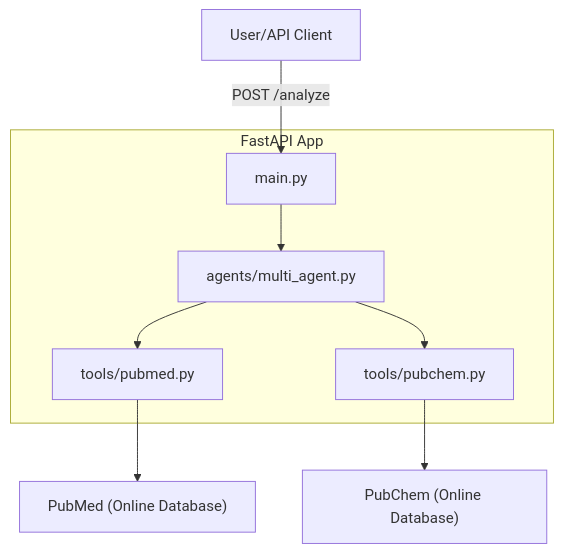
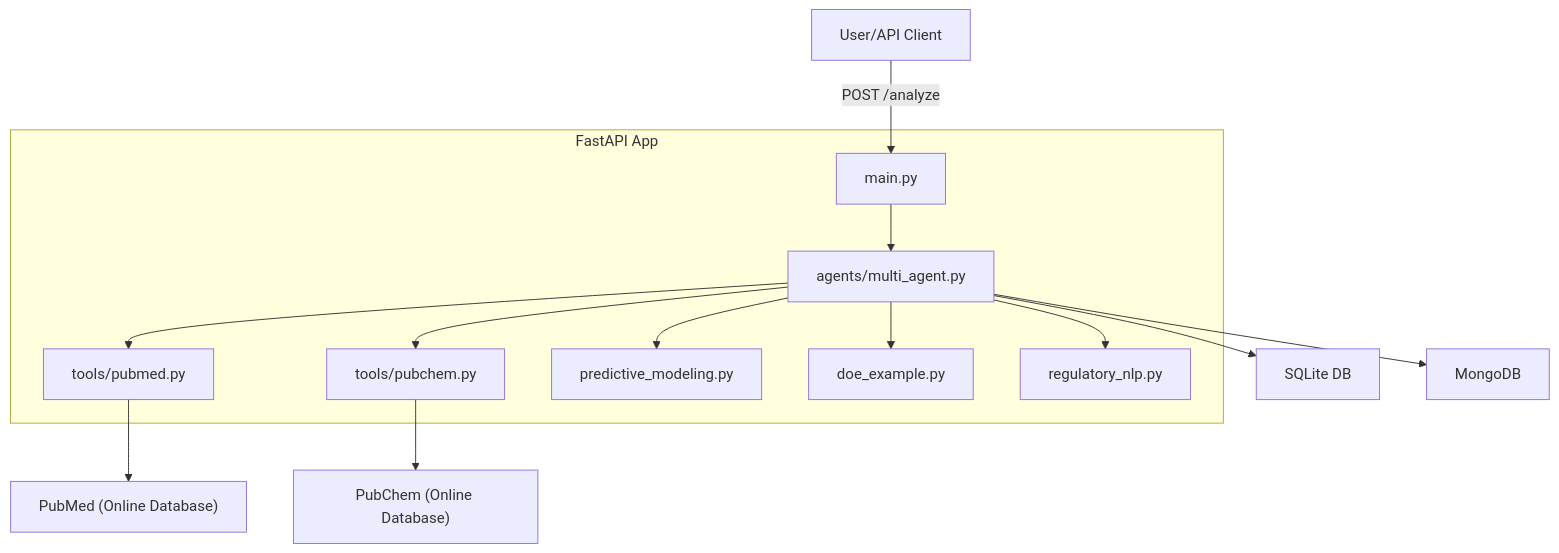
Before and after one commit to justin-mbca/drug-discovery-ai: the second of 2 diagrams in README.md, drawn with Mermaid. The commit also changed other lines of this file and 6 other files, not shown here.

Commit message:
Add predictive modeling, SQL integration, DoE, regulatory NLP features and update diagrams in README

````diff
--- a/README.md
+++ b/README.md
@@ -178,19 +185,29 @@
 ```mermaid
 graph TD;
 	User[User/API Client]
 	subgraph FastAPI App
 		Main[main.py]
 		Crew[agents/multi_agent.py]
 		PubMedTool[tools/pubmed.py]
 		PubChemTool[tools/pubchem.py]
+		PredictiveModeling[predictive_modeling.py]
+		DoE[doe_example.py]
+		RegulatoryNLP[regulatory_nlp.py]
 	end
 	PubMed["PubMed (Online Database)"]
 	PubChem["PubChem (Online Database)"]
+	SQLDB["SQLite DB"]
+	MongoDB["MongoDB"]
 
 	User -->|POST /analyze| Main
 	Main --> Crew
 	Crew --> PubMedTool
 	Crew --> PubChemTool
+	Crew --> PredictiveModeling
+	Crew --> DoE
+	Crew --> RegulatoryNLP
 	PubMedTool --> PubMed
 	PubChemTool --> PubChem
+	Crew --> SQLDB
+	Crew --> MongoDB
 ```
````
